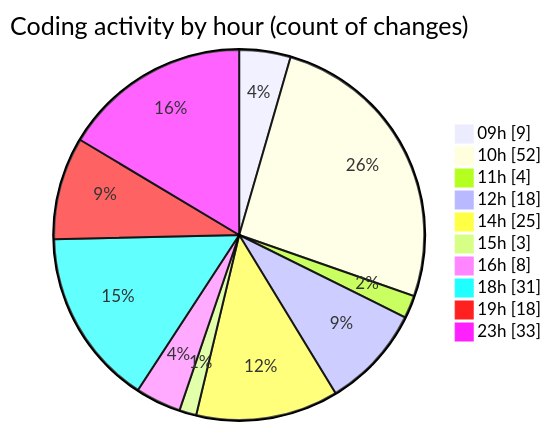
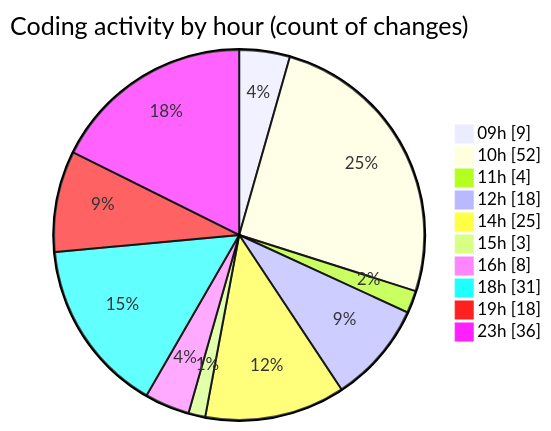
The second of 2 diagrams in 2026-09-01/cda/README.md (momahboobian/code-tracking), drawn with Mermaid before and after one commit. The commit also changed other lines of this file and 1 other file, not shown here.

````diff
--- a/2026-09-01/cda/README.md
+++ b/2026-09-01/cda/README.md
@@ -94,14 +94,14 @@
 ```mermaid
 pie showData
 title Coding activity by hour (count of changes)
 "09h" : 9
 "10h" : 52
 "11h" : 4
 "12h" : 18
 "14h" : 25
 "15h" : 3
 "16h" : 8
 "18h" : 31
 "19h" : 18
-"23h" : 33
+"23h" : 36
 ```
````
